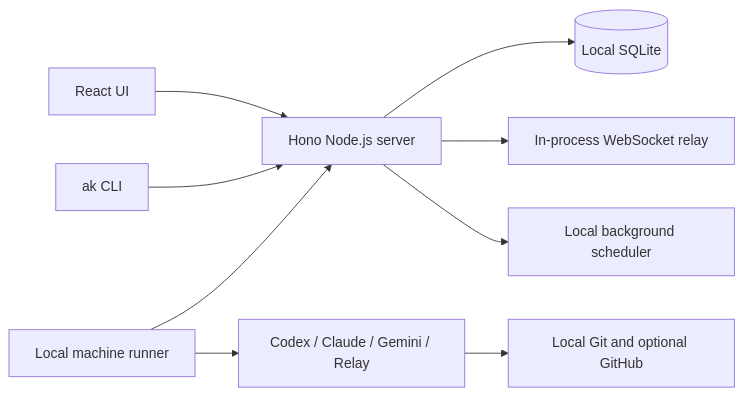
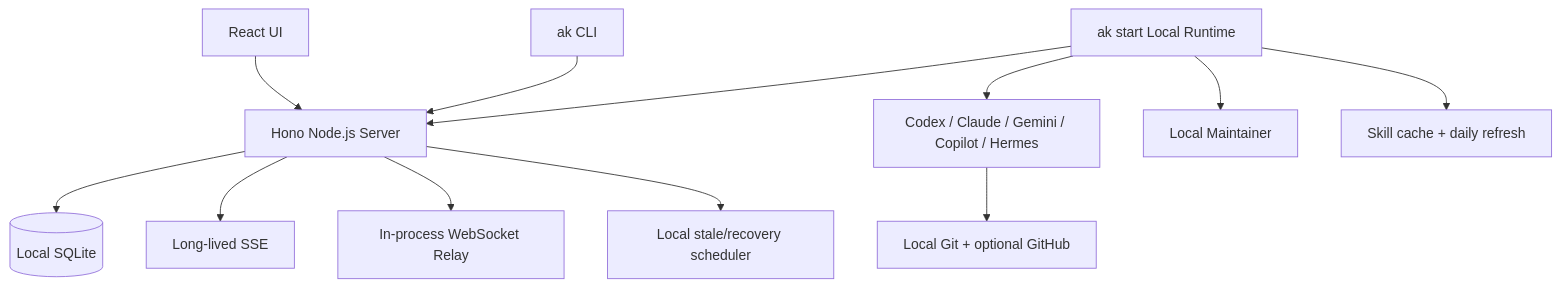
Before and after one commit to yuboliu/agent-kanban: the diagram in plans/local-only-cloudflare-ama-removal.md, drawn with Mermaid. The commit also changed other lines of this file and 4 other files, not shown here.

````diff
--- a/plans/local-only-cloudflare-ama-removal.md
+++ b/plans/local-only-cloudflare-ama-removal.md
@@ -30,13 +18,14 @@
 ```mermaid
-flowchart LR
-    Browser[React UI] --> Server[Hono Node.js server]
+flowchart TD
+    Browser[React UI] --> Server[Hono Node.js Server]
     CLI[ak CLI] --> Server
-    Daemon[Local machine runner] --> Server
-
     Server --> SQLite[(Local SQLite)]
-    Server --> WebSocket[In-process WebSocket relay]
-    Server --> Scheduler[Local background scheduler]
-
-    Daemon --> Providers[Codex / Claude / Gemini / Relay]
-    Providers --> Git[Local Git and optional GitHub]
+    Server --> SSE[Long-lived SSE]
+    Server --> Relay[In-process WebSocket Relay]
+    Server --> Sweeper[Local stale/recovery scheduler]
+    Daemon[ak start Local Runtime] --> Server
+    Daemon --> Providers[Codex / Claude / Gemini / Copilot / Hermes]
+    Daemon --> Maintainer[Local Maintainer]
+    Daemon --> Skills[Skill cache + daily refresh]
+    Providers --> Git[Local Git + optional GitHub]
 ```
````
